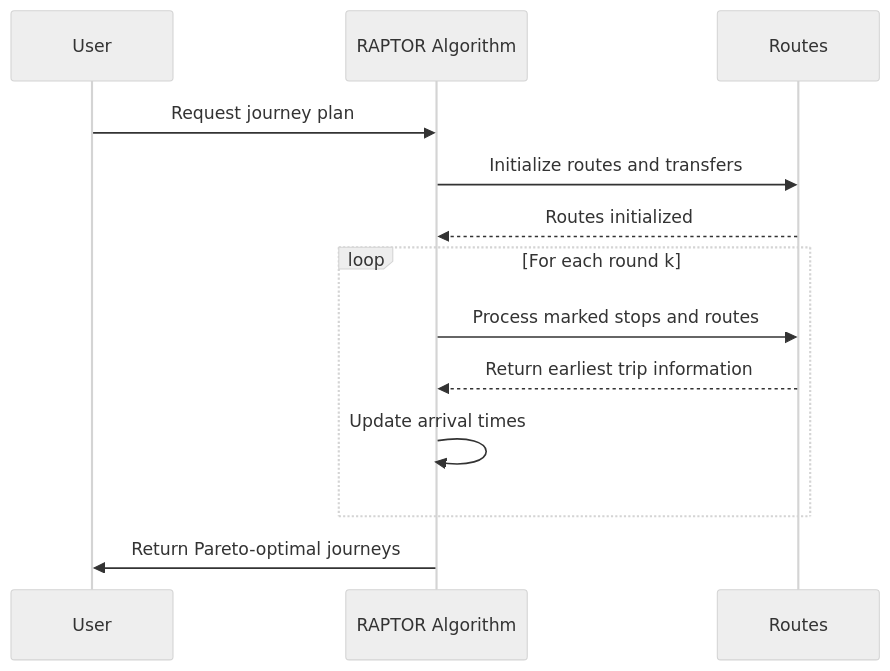
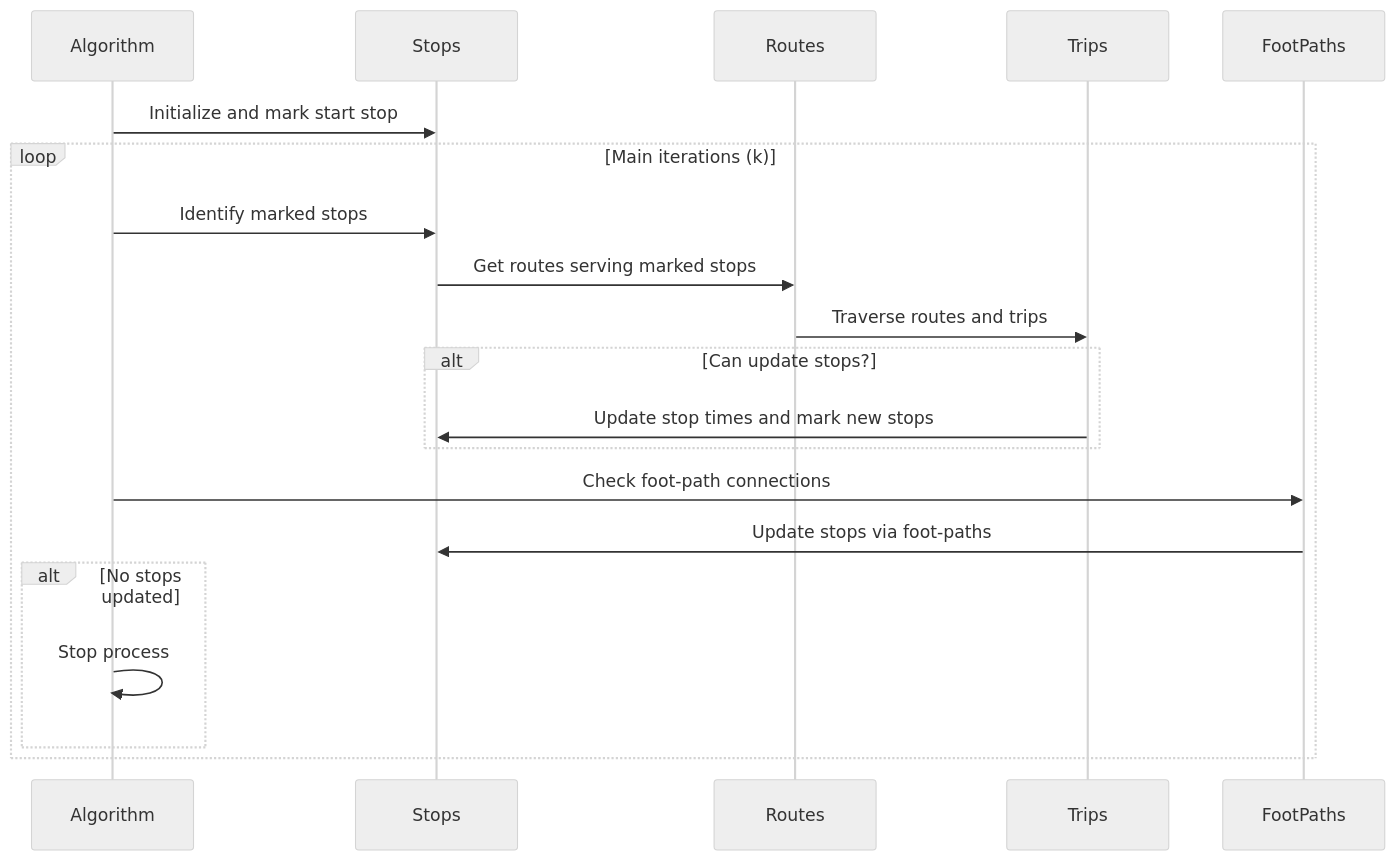
Before and after one commit to naviqore/documentation: the diagram in Writerside/topics/analysis/domain/raptor.md, drawn with Mermaid (neutral theme). The commit also changed other lines of this file, not shown here.

Commit message:
DOC: NAV-174 - update conceptional raptor sequence diagram

````diff
--- a/Writerside/topics/analysis/domain/raptor.md
+++ b/Writerside/topics/analysis/domain/raptor.md
@@ -34,18 +34,27 @@
 ```mermaid
 sequenceDiagram
-    participant User
-    participant RAPTOR Algorithm
-    participant Routes
-    User ->> RAPTOR Algorithm: Request journey plan
-    RAPTOR Algorithm ->> Routes: Initialize routes and transfers
-    Routes -->> RAPTOR Algorithm: Routes initialized
+  participant Algorithm
+  participant Stops
+  participant Routes
+  participant Trips
+  participant FootPaths
+  Algorithm ->> Stops: Initialize and mark start stop
 
-    loop For each round k
-        RAPTOR Algorithm ->> Routes: Process marked stops and routes
-        Routes -->> RAPTOR Algorithm: Return earliest trip information
-        RAPTOR Algorithm ->> RAPTOR Algorithm: Update arrival times
+  loop Main iterations (k)
+    Algorithm ->> Stops: Identify marked stops
+    Stops ->> Routes: Get routes serving marked stops
+    Routes ->> Trips: Traverse routes and trips
+
+    alt Can update stops?
+      Trips ->> Stops: Update stop times and mark new stops
     end
 
-    RAPTOR Algorithm ->> User: Return Pareto-optimal journeys
+    Algorithm ->> FootPaths: Check foot-path connections
+    FootPaths ->> Stops: Update stops via foot-paths
+
+    alt No stops updated
+      Algorithm ->> Algorithm: Stop process
+    end
+  end
 
 ```
````
